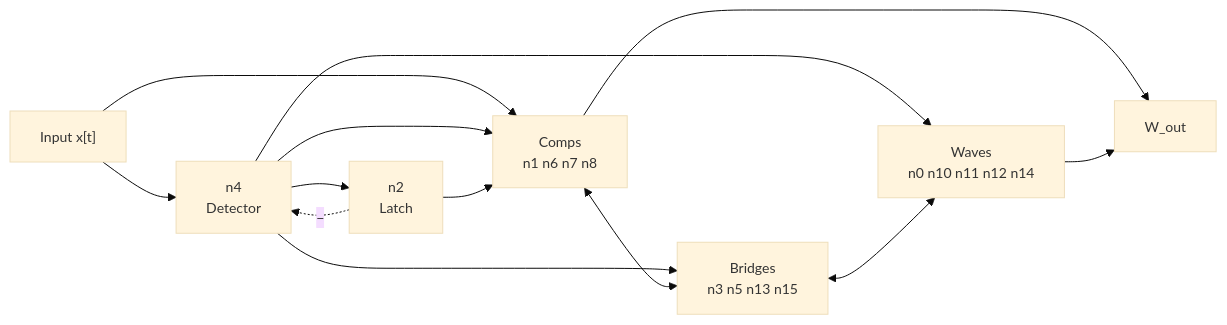
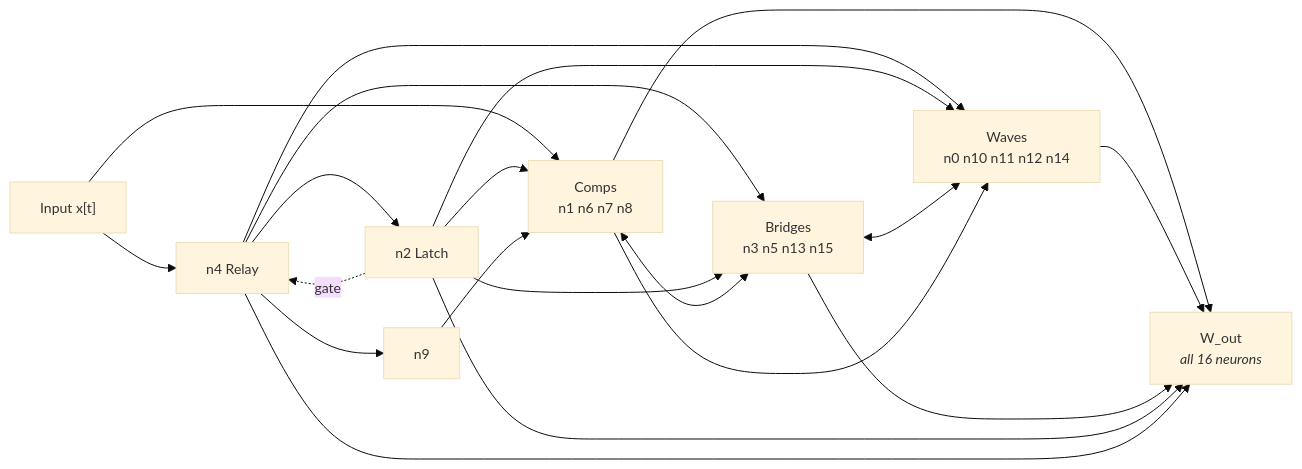
The diagram in docs/23_simplified_circuit.mmd (mrsirrisrm/alg-zoo), drawn with Mermaid before and after one commit. The commit also changed 5 other files, not shown here.

```diff
--- a/docs/23_simplified_circuit.mmd
+++ b/docs/23_simplified_circuit.mmd
@@ -1,26 +1,31 @@
 %%{ init: { "theme": "base", "themeVariables": { "fontSize": "14px" } } }%%
 flowchart LR
     Input["Input x[t]"]
 
-    n4["n4<br/>Detector"]
-    n2["n2<br/>Latch"]
+    n4["n4 Relay"]
+    n2["n2 Latch"]
+    n9["n9"]
     Comps["Comps<br/>n1 n6 n7 n8"]
     Waves["Waves<br/>n0 n10 n11 n12 n14"]
     Bridges["Bridges<br/>n3 n5 n13 n15"]
-    Readout["W_out"]
+    Readout["W_out<br/><i>all 16 neurons</i>"]
 
     Input --> n4
     Input --> Comps
 
     n4 --> n2
-    n4 --> Comps
+    n4 --> n9
     n4 --> Waves
     n4 --> Bridges
 
+    n2 -.->|"gate"| n4
     n2 --> Comps
-    n2 -.->|"−"| n4
+    n2 --> Waves
+    n2 --> Bridges
+
+    n9 --> Comps
 
     Comps <--> Bridges <--> Waves
+    Comps --> Waves
 
-    Comps --> Readout
-    Waves --> Readout
+    Comps & Waves & Bridges & n2 & n4 --> Readout
```
